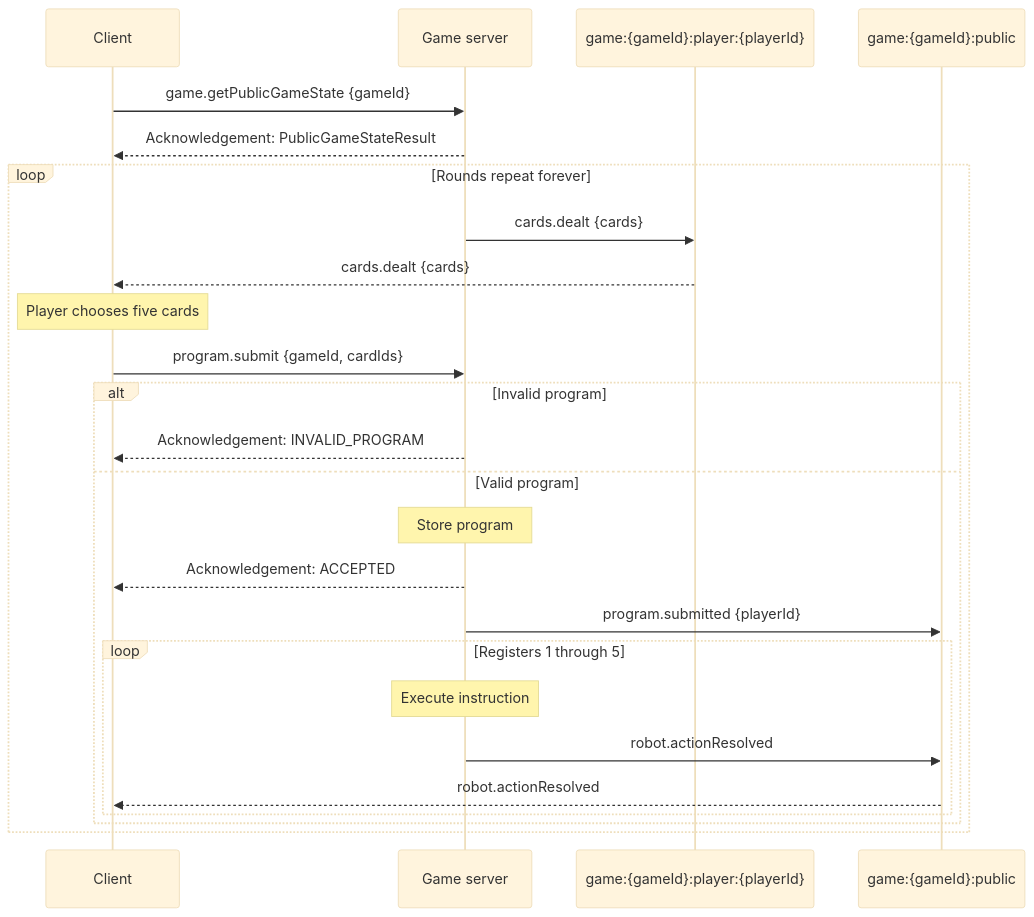
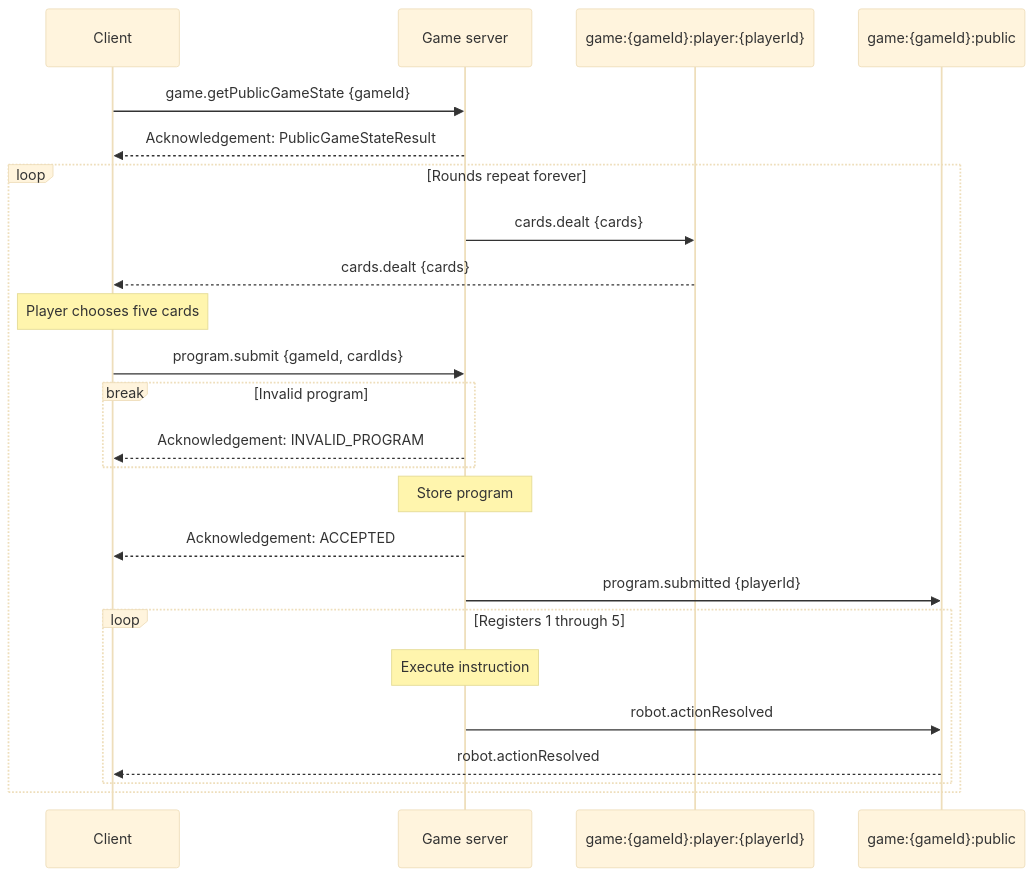
Before and after one commit to hananinas/RoboRally: the diagram in docs/v0Communication.md, drawn with Mermaid (base theme).

Commit message:
docs: break on invalid submission

````diff
--- a/docs/v0Communication.md
+++ b/docs/v0Communication.md
@@ -18,34 +18,33 @@
 ```mermaid
 
 sequenceDiagram
     participant Client
     participant Server as Game server
     participant Private as game:{gameId}:player:{playerId}
     participant Public as game:{gameId}:public
 
     Client->>Server: game.getPublicGameState {gameId}
     Server-->>Client: Acknowledgement: PublicGameStateResult
 
     loop Rounds repeat forever
         Server->>Private: cards.dealt {cards}
         Private-->>Client: cards.dealt {cards}
 
         Note over Client: Player chooses five cards
         Client->>Server: program.submit {gameId, cardIds}
 
-        alt Invalid program
+        break Invalid program
             Server-->>Client: Acknowledgement: INVALID_PROGRAM
-        else Valid program
+        end
             Note over Server: Store program
             Server-->>Client: Acknowledgement: ACCEPTED
             Server->>Public: program.submitted {playerId}
 
             loop Registers 1 through 5
                 Note over Server: Execute instruction
                 Server->>Public: robot.actionResolved
                 Public-->>Client: robot.actionResolved
             end
-        end
     end
 
 ```
````
